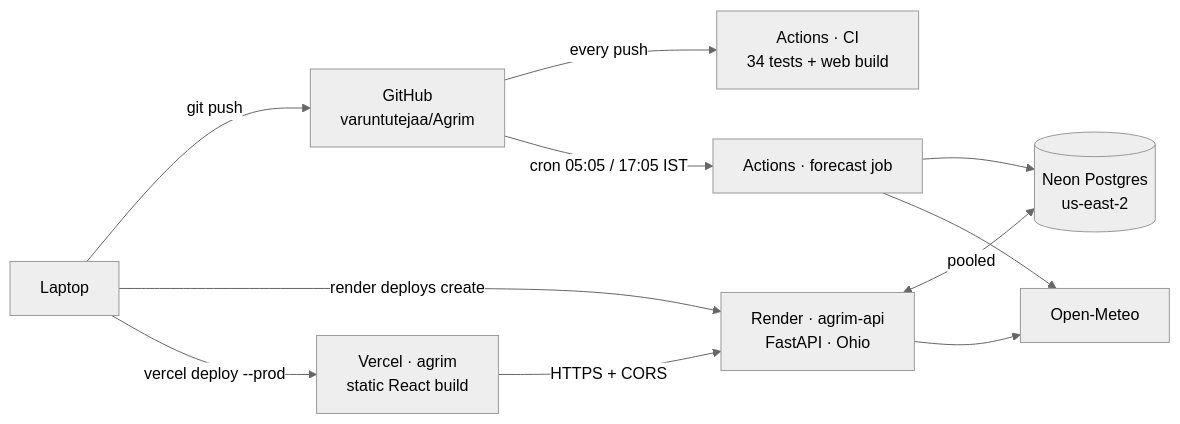
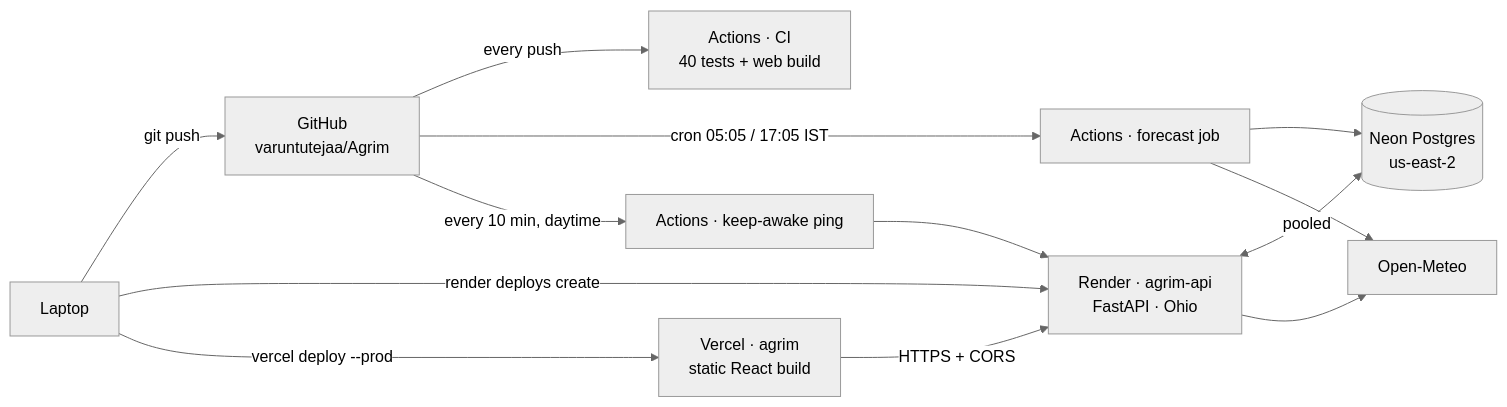
Before and after one commit to varuntutejaa/Agrim: the tenth of 10 diagrams in README.md, drawn with Mermaid (neutral theme). The commit also changed other lines of this file and 37 other files, not shown here.

````diff
--- a/README.md
+++ b/README.md
@@ -568,13 +578,15 @@
 ```mermaid
 flowchart LR
   DEV["Laptop"] -->|"git push"| GH["GitHub<br/>varuntutejaa/Agrim"]
-  GH -->|"every push"| CI["Actions · CI<br/>34 tests + web build"]
+  GH -->|"every push"| CI["Actions · CI<br/>40 tests + web build"]
   GH -->|"cron 05:05 / 17:05 IST"| FJ["Actions · forecast job"]
+  GH -->|"every 10 min, daytime"| KA["Actions · keep-awake ping"]
+  KA --> R
   DEV -->|"render deploys create"| R["Render · agrim-api<br/>FastAPI · Ohio"]
   DEV -->|"vercel deploy --prod"| V["Vercel · agrim<br/>static React build"]
   V -->|"HTTPS + CORS"| R
   R <-->|"pooled"| N[("Neon Postgres<br/>us-east-2")]
   FJ --> N
   R --> OM["Open-Meteo"]
   FJ --> OM
 ```
````
